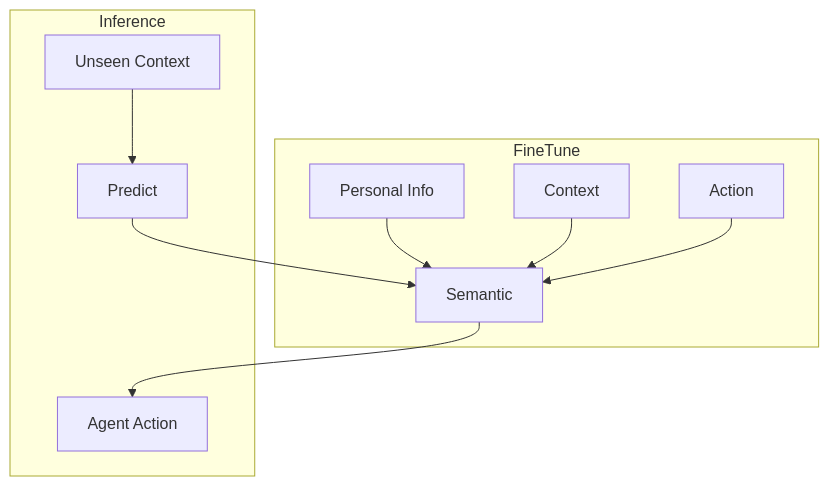
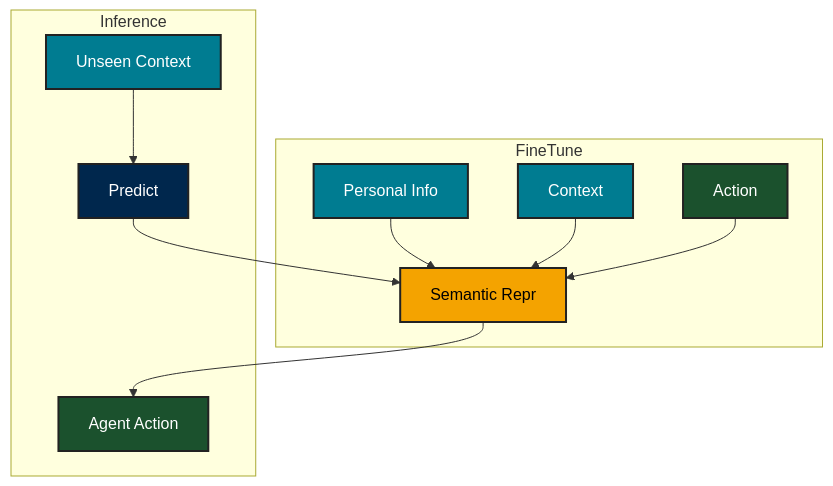
One commit to farazshaikh/psagents changed the first of 3 diagrams in README.md. Above: the diagram before and after it, drawn with Mermaid. The commit also changed other lines of this file and 3 other files, not shown here.

````diff
--- a/README.md
+++ b/README.md
@@ -15,13 +15,26 @@
 ```mermaid
 graph TD
   subgraph FineTune
     PI[Personal Info] --> SDB[Semantic Repr]
     C[Context] --> SDB
     A[Action] --> SDB
-    end
-    subgraph Inference
-    UC[Unseen Context]-->P[Predict]
-    P --> SDB[Semantic]
+  end
+
+  subgraph Inference
+    UC[Unseen Context] --> P[Predict]
+    P --> SDB
     SDB --> NA[Agent Action]
-    end
+  end
+
+  %% Styling with accessibility-friendly colors
+  classDef infoNode fill:#007C91,stroke:#222,stroke-width:2px,color:#FFFFFF
+  classDef semanticNode fill:#F4A300,stroke:#222,stroke-width:2px,color:#000000
+  classDef actionNode fill:#1B512D,stroke:#222,stroke-width:2px,color:#FFFFFF
+  classDef predictNode fill:#00274D,stroke:#222,stroke-width:2px,color:#FFFFFF
+
+  %% Assign styles
+  class PI,C,UC infoNode
+  class A,NA actionNode
+  class SDB semanticNode
+  class P predictNode
 ```
````
